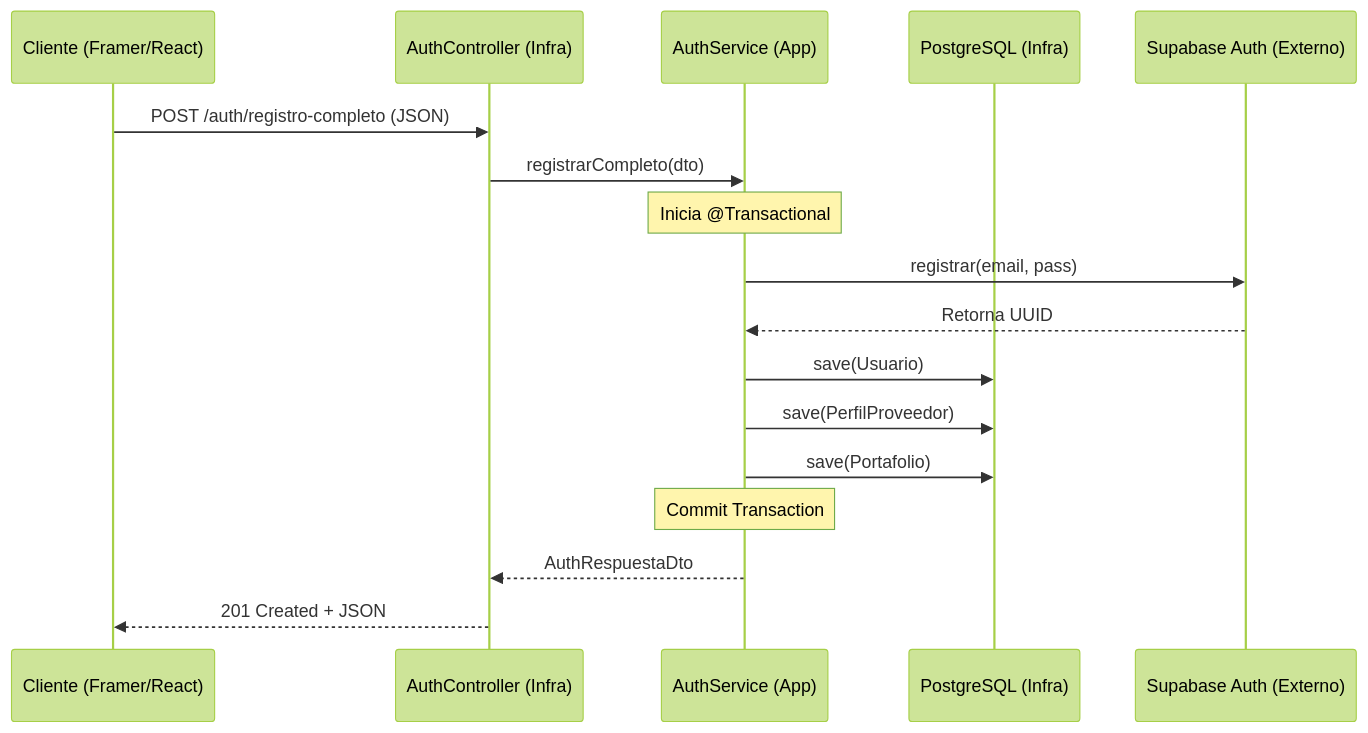
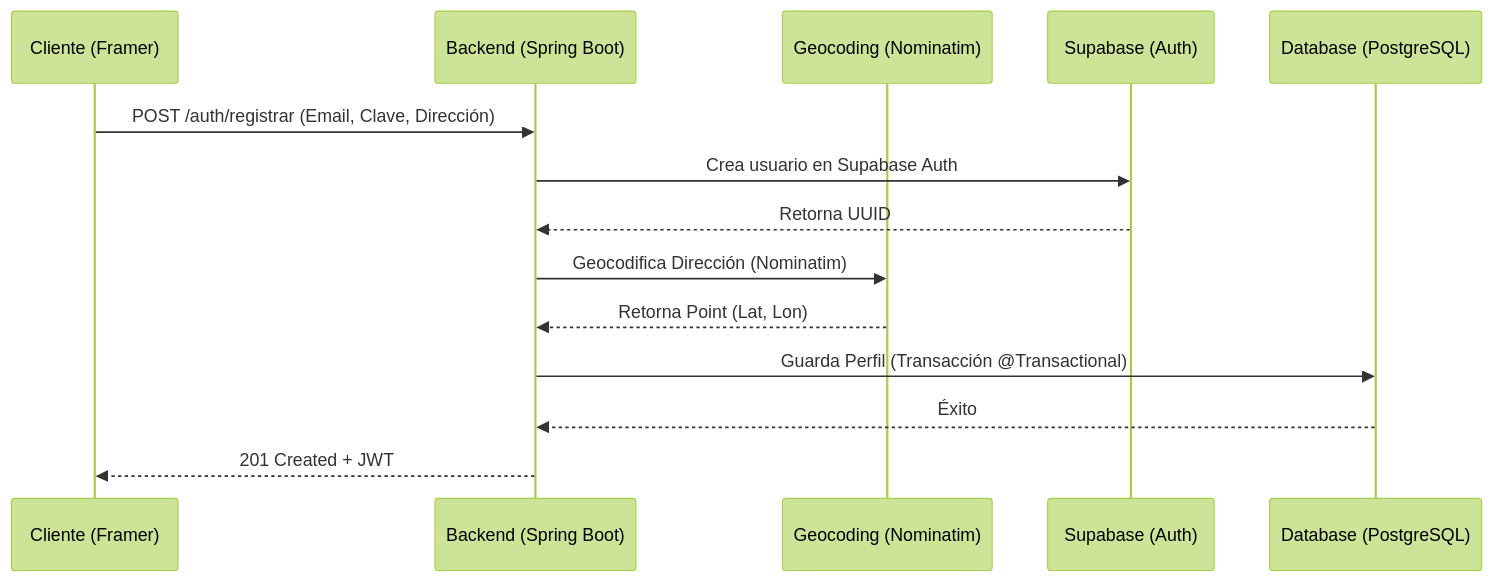
One commit to youngmariano99/PPS changed the diagram in docs/auditoria/10_DEFENSAFINAL.MD. Above: the diagram before and after it, drawn with Mermaid (forest theme). The commit also changed other lines of this file and 36 other files, not shown here.

Commit message:
Clean Architecture

````diff
--- a/docs/auditoria/10_DEFENSAFINAL.MD
+++ b/docs/auditoria/10_DEFENSAFINAL.MD
@@ -145,20 +286,17 @@
 ```mermaid
 sequenceDiagram
-    participant C as Cliente (Framer/React)
-    participant API as AuthController (Infra)
-    participant S as AuthService (App)
-    participant DB as PostgreSQL (Infra)
-    participant SUPA as Supabase Auth (Externo)
+    participant C as Cliente (Framer)
+    participant API as Backend (Spring Boot)
+    participant MP as Geocoding (Nominatim)
+    participant S as Supabase (Auth)
+    participant DB as Database (PostgreSQL)
 
-    C->>API: POST /auth/registro-completo (JSON)
-    API->>S: registrarCompleto(dto)
-    Note over S: Inicia @Transactional
-    S->>SUPA: registrar(email, pass)
-    SUPA-->>S: Retorna UUID
-    S->>DB: save(Usuario)
-    S->>DB: save(PerfilProveedor)
-    S->>DB: save(Portafolio)
-    Note over S: Commit Transaction
-    S-->>API: AuthRespuestaDto
-    API-->>C: 201 Created + JSON
+    C->>API: POST /auth/registrar (Email, Clave, Dirección)
+    API->>S: Crea usuario en Supabase Auth
+    S-->>API: Retorna UUID
+    API->>MP: Geocodifica Dirección (Nominatim)
+    MP-->>API: Retorna Point (Lat, Lon)
+    API->>DB: Guarda Perfil (Transacción @Transactional)
+    DB-->>API: Éxito
+    API-->>C: 201 Created + JWT
 ```
````
